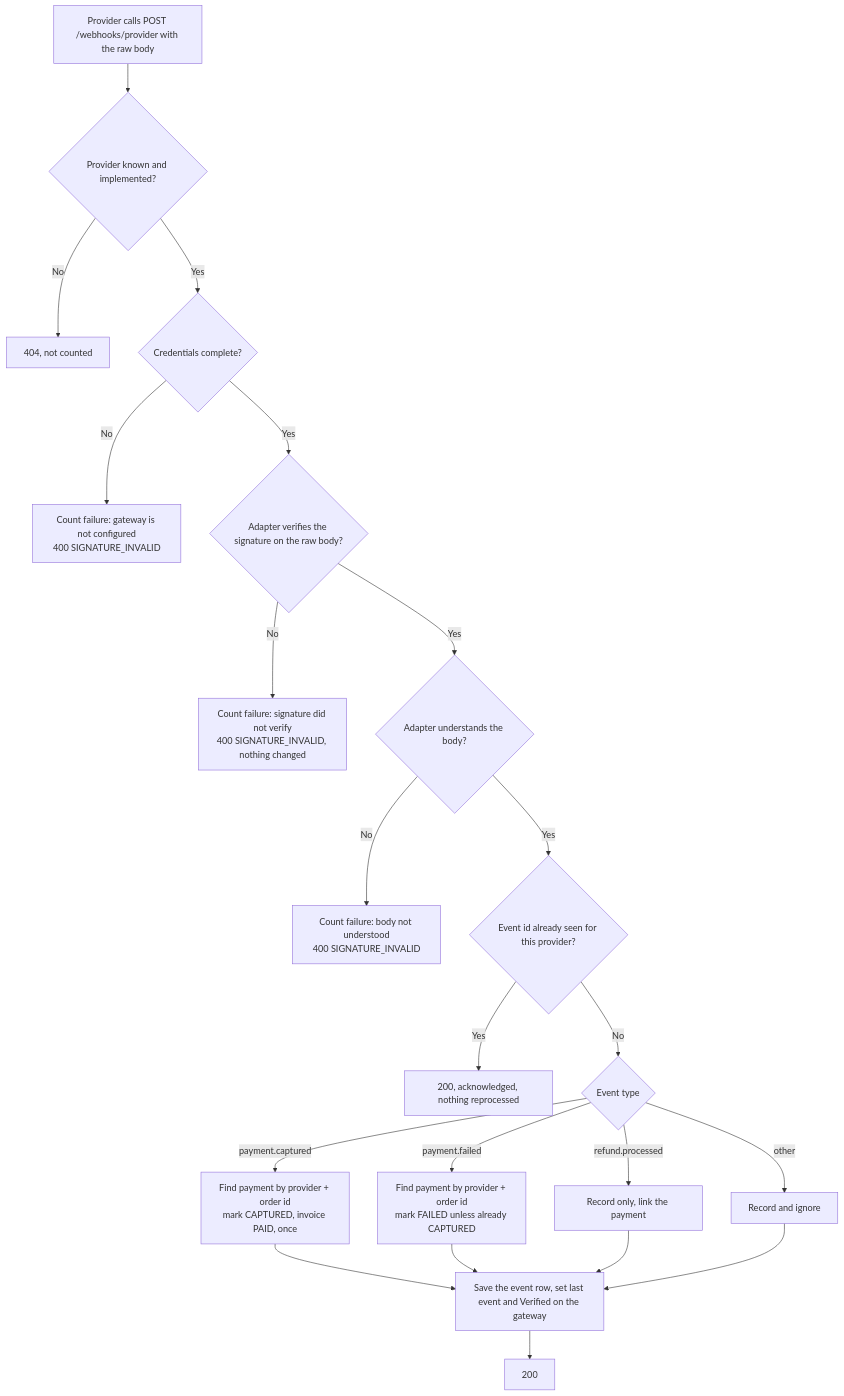
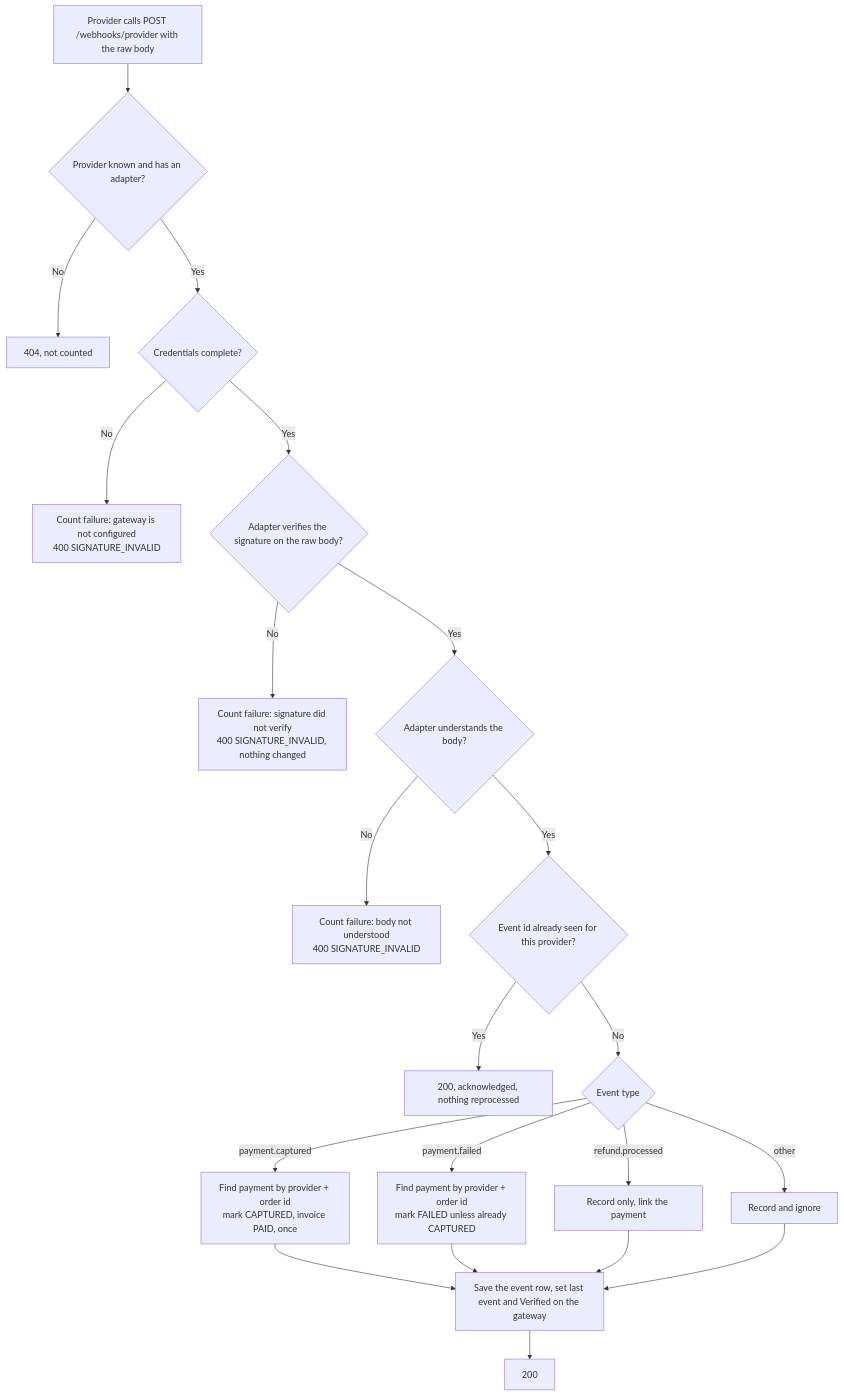
One commit to evyoog/Enterprise-Intelligence-Suite changed the sixth of 6 diagrams in docs/02-requirements/FRD/payment-gateways/workflow.md. Above: the diagram before and after it, drawn with Mermaid. The commit also changed other lines of this file and 13 other files, not shown here.

````diff
--- a/docs/02-requirements/FRD/payment-gateways/workflow.md
+++ b/docs/02-requirements/FRD/payment-gateways/workflow.md
@@ -92,23 +135,23 @@
 ```mermaid
 flowchart TD
-    A[Provider calls POST /webhooks/provider with the raw body] --> B{Provider known and implemented?}
+    A[Provider calls POST /webhooks/provider with the raw body] --> B{Provider known and has an adapter?}
     B -- No --> X1[404, not counted]
     B -- Yes --> C{Credentials complete?}
     C -- No --> F1[Count failure: gateway is not configured<br/>400 SIGNATURE_INVALID]
     C -- Yes --> D{Adapter verifies the signature on the raw body?}
     D -- No --> F2[Count failure: signature did not verify<br/>400 SIGNATURE_INVALID, nothing changed]
     D -- Yes --> E{Adapter understands the body?}
     E -- No --> F3[Count failure: body not understood<br/>400 SIGNATURE_INVALID]
     E -- Yes --> G{Event id already seen for this provider?}
     G -- Yes --> H[200, acknowledged, nothing reprocessed]
     G -- No --> I{Event type}
     I -- payment.captured --> J[Find payment by provider + order id<br/>mark CAPTURED, invoice PAID, once]
     I -- payment.failed --> K[Find payment by provider + order id<br/>mark FAILED unless already CAPTURED]
     I -- refund.processed --> L[Record only, link the payment]
     I -- other --> M[Record and ignore]
     J --> N[Save the event row, set last event and Verified on the gateway]
     K --> N
     L --> N
     M --> N
     N --> O[200]
 ```
````
